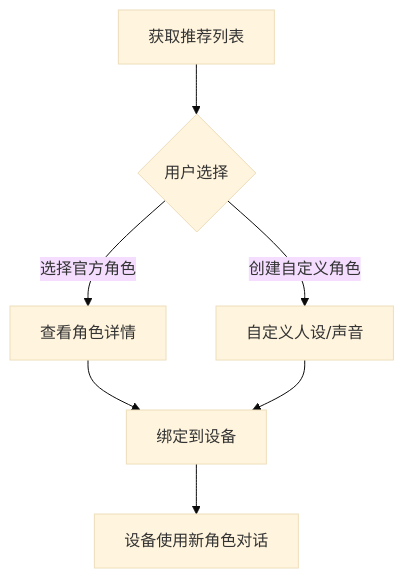
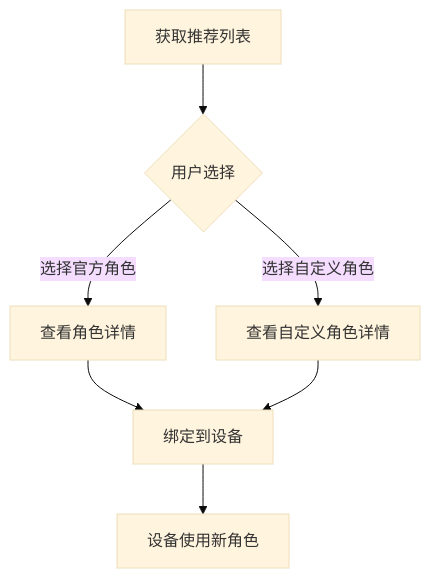
The fourth of 4 diagrams in guide-app.md (sentino-jp/iot-docs), drawn with Mermaid (base theme) before and after one commit. The commit also changed other lines of this file and 9 other files, not shown here.

````diff
--- a/guide-app.md
+++ b/guide-app.md
@@ -415,9 +448,9 @@
 ```mermaid
 flowchart TD
     A["获取推荐列表"] --> B{"用户选择"}
     B -->|"选择官方角色"| C["查看角色详情"]
-    B -->|"创建自定义角色"| D["自定义人设/声音"]
+    B -->|"选择自定义角色"| D["查看自定义角色详情"]
     C --> E["绑定到设备"]
     D --> E
-    E --> F["设备使用新角色对话"]
+    E --> F["设备使用新角色"]
 ```
````
